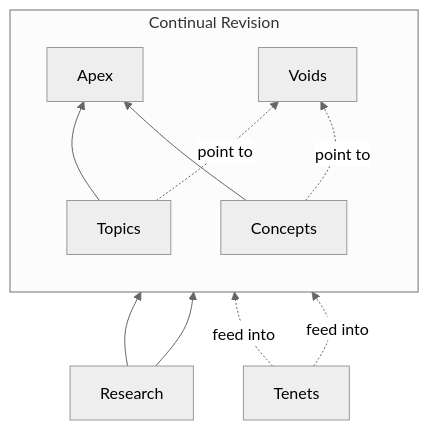
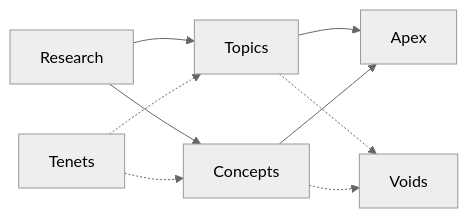
Before and after one commit to unfinishablemap/unfinishablemap: the diagram in hugo/content/_index.md, drawn with Mermaid (neutral theme). The commit also changed other lines of this file and 20 other files, not shown here.

````diff
--- a/hugo/content/_index.md
+++ b/hugo/content/_index.md
@@ -35,29 +39,18 @@
 ```mermaid
-flowchart BT
-    subgraph revision["Continual Revision"]
-        direction BT
-        TO[Topics]
-        CO[Concepts]
-        AP[Apex]
-        VO[Voids]
-
-        TO --> AP
-        CO --> AP
-    end
-
-    RE[Research] --> TO
-    RE --> CO
-
-    TE[Tenets] -.->|feed into| TO
-    TE -.->|feed into| CO
-
-    TO -.->|point to| VO
-    CO -.->|point to| VO
+flowchart LR
+    RE[Research] --> TO[Topics]
+    RE --> CO[Concepts]
+    TO --> AP[Apex]
+    CO --> AP
+    TE[Tenets] -.-> TO
+    TE -.-> CO
+    TO -.-> VO[Voids]
+    CO -.-> VO
 
     click AP "/apex/" "Apex Articles"
     click TO "/topics/" "Topics"
     click CO "/concepts/" "Concepts"
     click VO "/voids/" "Voids"
     click TE "/tenets/" "Tenets"
     click RE "/research/" "Research"
 ```
````
